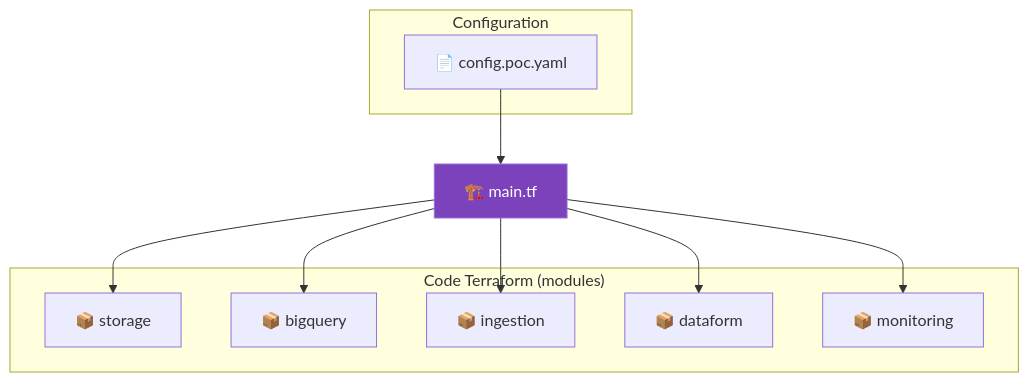
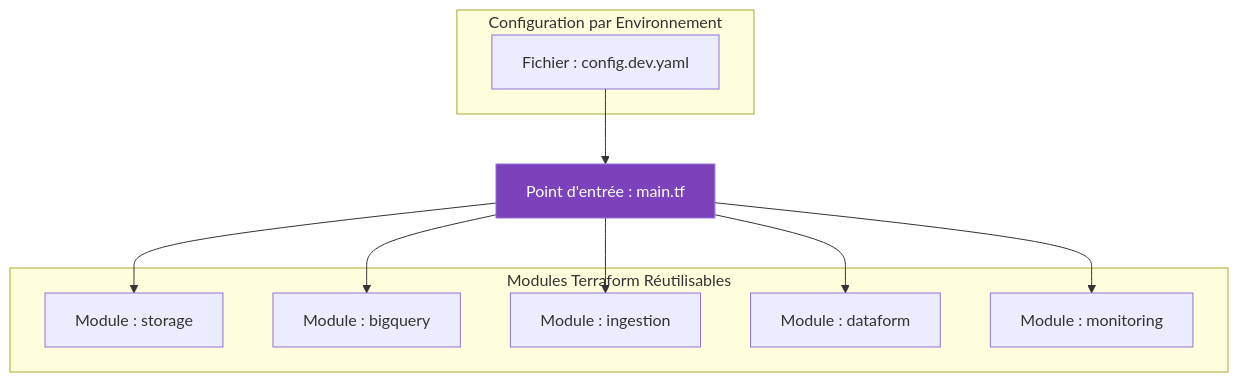
Before and after one commit to maxencenho-cloud/data-platform-runbook: the fourth of 5 diagrams in docs/ATELIER_01_ARCHITECTURE.md, drawn with Mermaid. The commit also changed other lines of this file and 1 other file, not shown here.

Commit message:
docs: update architecture documentation and add support for data ingestion specifications

````diff
--- a/docs/ATELIER_01_ARCHITECTURE.md
+++ b/docs/ATELIER_01_ARCHITECTURE.md
@@ -192,19 +166,19 @@
 ```mermaid
 graph TD
-    subgraph "Code Terraform (modules)"
-        M1["📦 storage"]
-        M2["📦 bigquery"]
-        M3["📦 ingestion"]
-        M4["📦 dataform"]
-        M5["📦 monitoring"]
+    subgraph "Modules Terraform Réutilisables"
+        M1["Module : storage"]
+        M2["Module : bigquery"]
+        M3["Module : ingestion"]
+        M4["Module : dataform"]
+        M5["Module : monitoring"]
     end
     
-    subgraph "Configuration"
-        DEV["📄 config.poc.yaml"]
+    subgraph "Configuration par Environnement"
+        DEV["Fichier : config.dev.yaml"]
     end
     
-    DEV --> MAIN["🏗️ main.tf"]
+    DEV --> MAIN["Point d'entrée : main.tf"]
     MAIN --> M1 & M2 & M3 & M4 & M5
     
     style MAIN fill:#7B42BC,color:#fff
 ```
````
